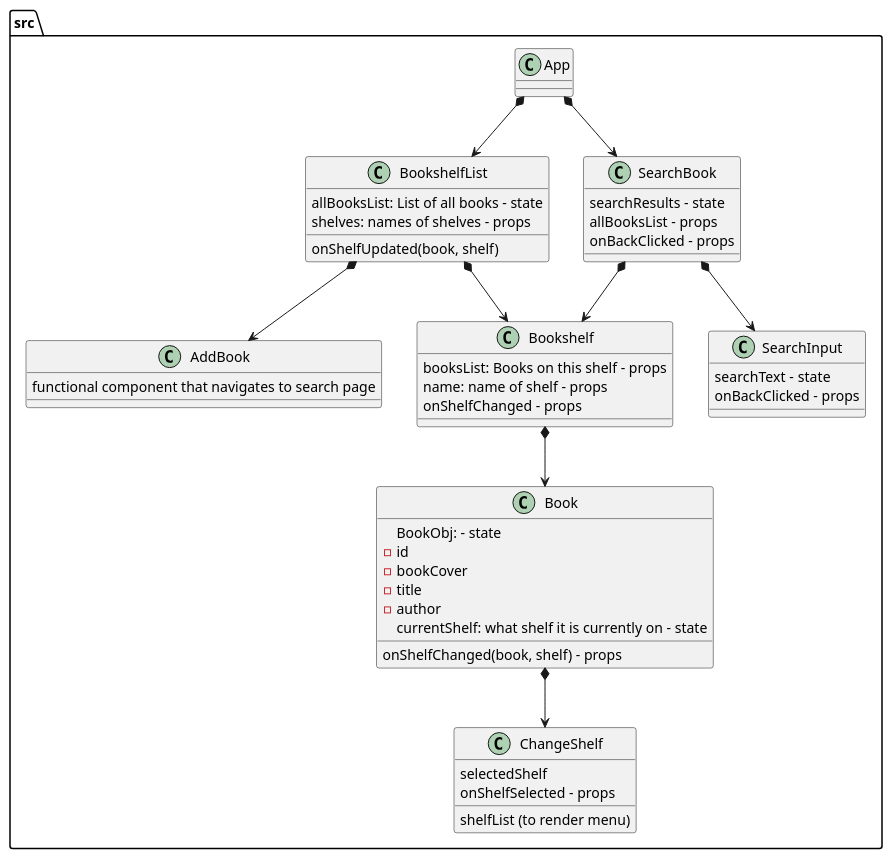
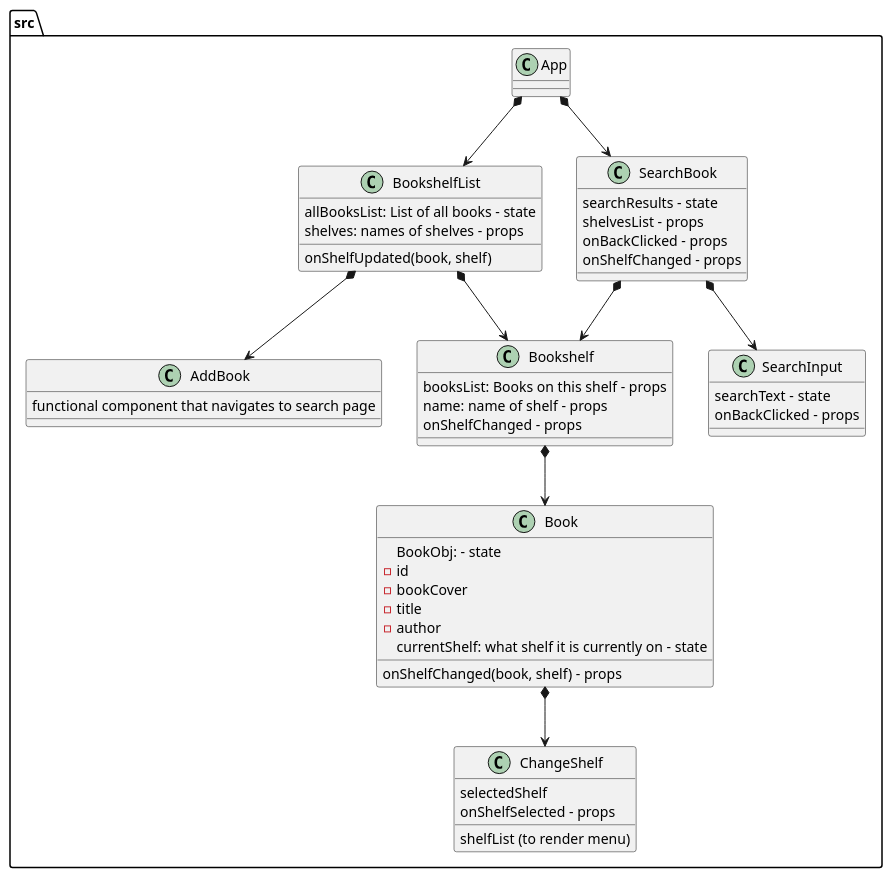
One commit to katsa9/MyReads changed the diagram in SolutionDesign/SolutionDesign.wsd. Above: the diagram before and after it, drawn with PlantUML. The commit also changed 3 other files, not shown here.

```diff
--- a/SolutionDesign/SolutionDesign.wsd
+++ b/SolutionDesign/SolutionDesign.wsd
@@ -1,56 +1,57 @@
 @startuml myReads-solution-design
 
 package src {
   class App{
     
   }
   class BookshelfList{
     allBooksList: List of all books - state
     onShelfUpdated(book, shelf)
     shelves: names of shelves - props
   }
   class Bookshelf{
     booksList: Books on this shelf - props
     name: name of shelf - props
     onShelfChanged - props
   }
   
   class Book{
     BookObj: - state
           -id
           -bookCover
           -title
           -author
     currentShelf: what shelf it is currently on - state
     onShelfChanged(book, shelf) - props
   }
   class ChangeShelf{
     shelfList (to render menu)
     selectedShelf
     onShelfSelected - props
   }
   class AddBook{
     functional component that navigates to search page
   }
   class SearchBook{
     searchResults - state
-    allBooksList - props
+    shelvesList - props
     onBackClicked - props
+    onShelfChanged - props
   }
   class SearchInput{
     searchText - state
     onBackClicked - props
   }
 }
 
 App *--> BookshelfList
 App *--> SearchBook
 BookshelfList*--> Bookshelf
 Bookshelf *--> Book
 BookshelfList *--> AddBook
 Book *--> ChangeShelf
 SearchBook *--> SearchInput
 SearchBook *--> Bookshelf
 
 
 @enduml
```
